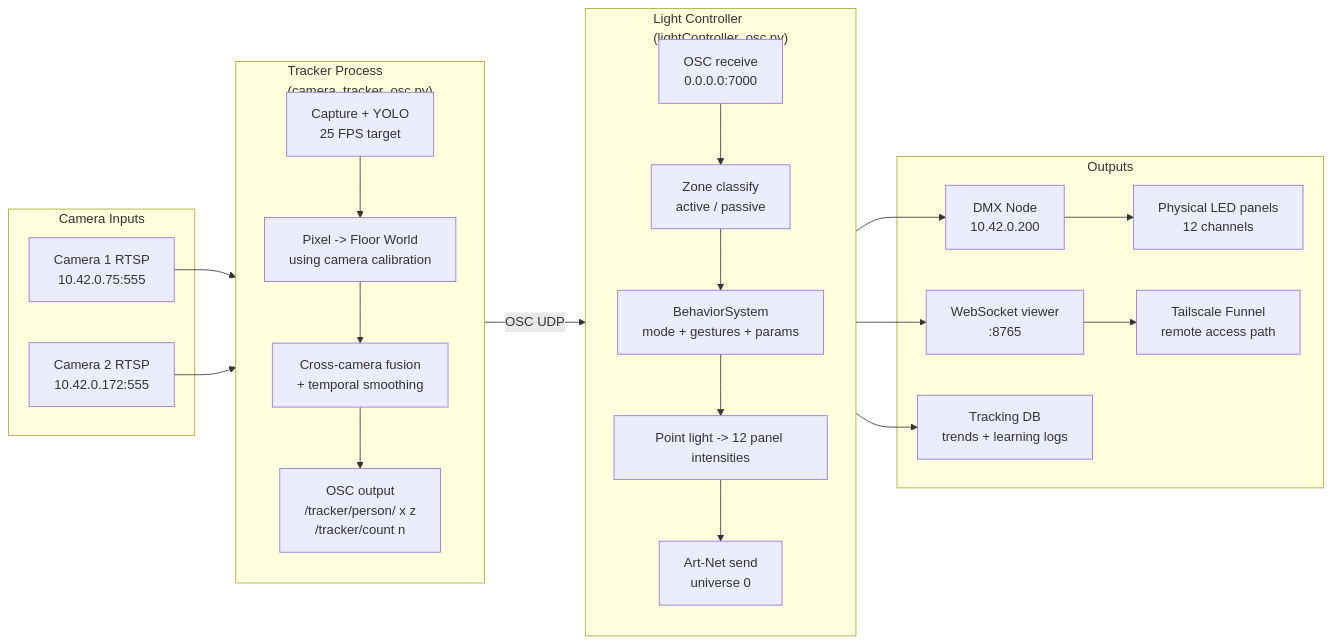
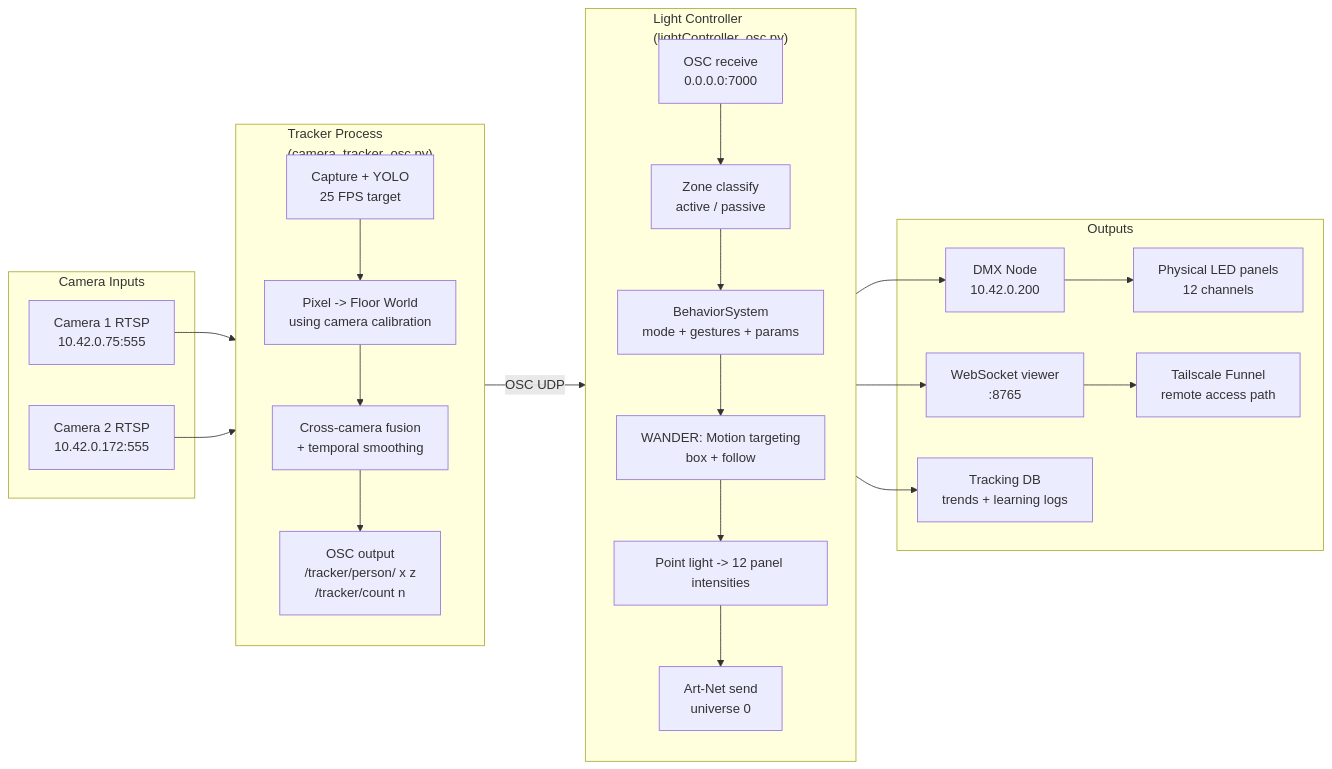
Before and after one commit to npuckett/dc-dev: the first of 14 diagrams in IO/CAMERA_TO_DMX_DIAGRAMS.md, drawn with Mermaid. The commit also changed other lines of this file and 1 other file, not shown here.

Commit message:
wander update

````diff
--- a/IO/CAMERA_TO_DMX_DIAGRAMS.md
+++ b/IO/CAMERA_TO_DMX_DIAGRAMS.md
@@ -21,41 +25,42 @@
 ```mermaid
 flowchart LR
     subgraph CAM["Camera Inputs"]
         C1["Camera 1 RTSP\n10.42.0.75:555"]
         C2["Camera 2 RTSP\n10.42.0.172:555"]
     end
 
     subgraph TRACKER["Tracker Process\n(camera_tracker_osc.py)"]
         T1["Capture + YOLO\n25 FPS target"]
         T2["Pixel -> Floor World\nusing camera calibration"]
         T3["Cross-camera fusion\n+ temporal smoothing"]
         T4["OSC output\n/tracker/person/<id> x z\n/tracker/count n"]
         T1 --> T2 --> T3 --> T4
     end
 
     subgraph CTRL["Light Controller\n(lightController_osc.py)"]
         L1["OSC receive\n0.0.0.0:7000"]
         L2["Zone classify\nactive / passive"]
         L3["BehaviorSystem\nmode + gestures + params"]
+        L35["WANDER: Motion targeting\nbox + follow"]
         L4["Point light -> 12 panel intensities"]
         L5["Art-Net send\nuniverse 0"]
-        L1 --> L2 --> L3 --> L4 --> L5
+        L1 --> L2 --> L3 --> L35 --> L4 --> L5
     end
 
     subgraph OUT["Outputs"]
         D1["DMX Node\n10.42.0.200"]
         D2["Physical LED panels\n12 channels"]
         V1["WebSocket viewer\n:8765"]
         F1["Tailscale Funnel\nremote access path"]
         DB["Tracking DB\ntrends + learning logs"]
         D1 --> D2
         V1 --> F1
     end
 
     C1 --> TRACKER
     C2 --> TRACKER
     TRACKER -->|"OSC UDP"| CTRL
     CTRL --> D1
     CTRL --> V1
     CTRL --> DB
 ```
````
